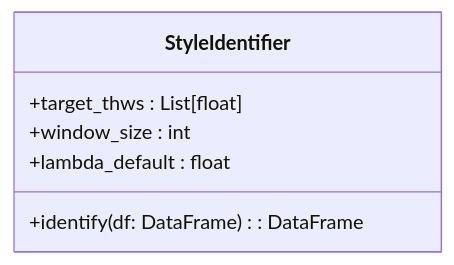
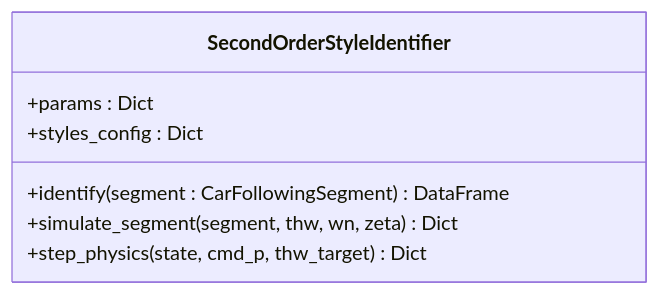
The diagram in wiki/modules/identification.md (pokemonAndCodeMaster/DriveStyle), drawn with Mermaid before and after one commit. The commit also changed other lines of this file and 13 other files, not shown here.

````diff
--- a/wiki/modules/identification.md
+++ b/wiki/modules/identification.md
@@ -31,9 +31,10 @@
 ```mermaid
 classDiagram
-    class StyleIdentifier {
-        +target_thws : List[float]
-        +window_size : int
-        +lambda_default : float
-        +identify(df: DataFrame) : DataFrame
-    }
+class SecondOrderStyleIdentifier {
+  +params : Dict
+  +styles_config : Dict
+  +identify(segment : CarFollowingSegment) DataFrame
+  +simulate_segment(segment, thw, wn, zeta) Dict
+  +step_physics(state, cmd_p, thw_target) Dict
+}
 ```
````
